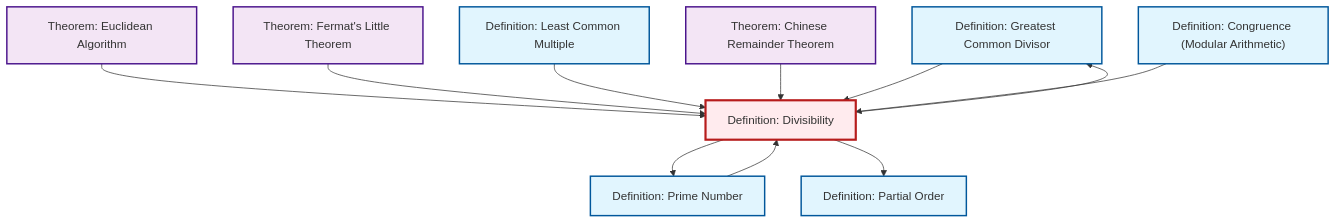
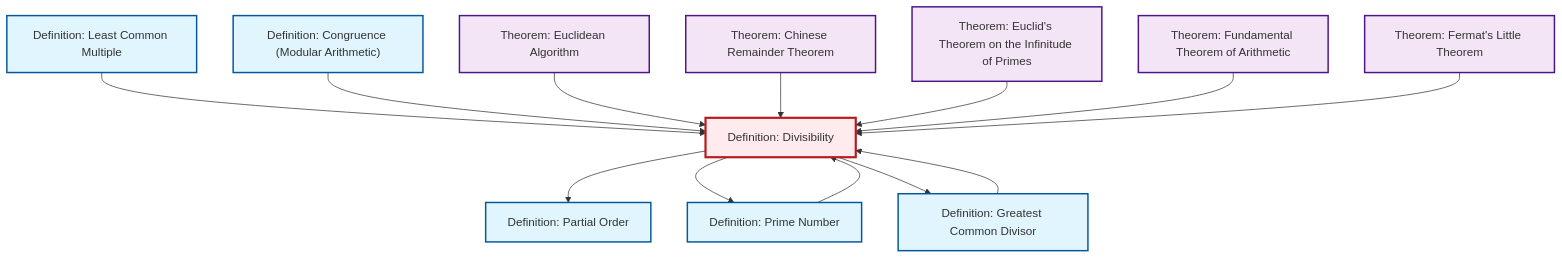
Before and after one commit to RK0429/ModernMath: the diagram in content/en/number-theory/def-divisibility.qmd, drawn with Mermaid. The commit also changed 654 other files, not shown here.

````diff
--- a/content/en/number-theory/def-divisibility.qmd
+++ b/content/en/number-theory/def-divisibility.qmd
@@ -88,37 +88,43 @@
 ```{mermaid}
 %%| fig-cap: "Local dependency graph"
 graph TD
     classDef definition fill:#e1f5fe,stroke:#01579b,stroke-width:2px
     classDef theorem fill:#f3e5f5,stroke:#4a148c,stroke-width:2px
     classDef axiom fill:#fff3e0,stroke:#e65100,stroke-width:2px
     classDef example fill:#e8f5e9,stroke:#1b5e20,stroke-width:2px
     classDef current fill:#ffebee,stroke:#b71c1c,stroke-width:3px
+    thm-chinese-remainder["Theorem: Chinese Remainder Theorem"]:::theorem
+    thm-fermat-little["Theorem: Fermat's Little Theorem"]:::theorem
+    thm-euclidean-algorithm["Theorem: Euclidean Algorithm"]:::theorem
     def-gcd["Definition: Greatest Common Divisor"]:::definition
-    thm-fermat-little["Theorem: Fermat's Little Theorem"]:::theorem
+    def-divisibility["Definition: Divisibility"]:::definition
+    thm-fundamental-arithmetic["Theorem: Fundamental Theorem of Arithmetic"]:::theorem
+    thm-euclid-infinitude-primes["Theorem: Euclid's Theorem on the Infinitude of Primes"]:::theorem
     def-lcm["Definition: Least Common Multiple"]:::definition
     def-partial-order["Definition: Partial Order"]:::definition
+    def-prime["Definition: Prime Number"]:::definition
     def-congruence["Definition: Congruence (Modular Arithmetic)"]:::definition
-    def-divisibility["Definition: Divisibility"]:::definition
-    thm-chinese-remainder["Theorem: Chinese Remainder Theorem"]:::theorem
-    def-prime["Definition: Prime Number"]:::definition
-    thm-euclidean-algorithm["Theorem: Euclidean Algorithm"]:::theorem
+    def-gcd --> def-divisibility
+    def-divisibility --> def-partial-order
+    def-lcm --> def-divisibility
+    def-congruence --> def-divisibility
+    thm-euclidean-algorithm --> def-divisibility
+    def-prime --> def-divisibility
     def-divisibility --> def-prime
-    thm-euclidean-algorithm --> def-divisibility
+    thm-chinese-remainder --> def-divisibility
+    thm-euclid-infinitude-primes --> def-divisibility
+    thm-fundamental-arithmetic --> def-divisibility
     thm-fermat-little --> def-divisibility
     def-divisibility --> def-gcd
-    def-lcm --> def-divisibility
-    thm-chinese-remainder --> def-divisibility
-    def-gcd --> def-divisibility
-    def-divisibility --> def-partial-order
-    def-prime --> def-divisibility
-    def-congruence --> def-divisibility
     class def-divisibility current
+    click thm-chinese-remainder "thm-chinese-remainder.html" "Go to Chinese Remainder Theorem theorem"
+    click thm-fermat-little "thm-fermat-little.html" "Go to Fermat's Little Theorem theorem"
+    click thm-euclidean-algorithm "thm-euclidean-algorithm.html" "Go to Euclidean Algorithm theorem"
     click def-gcd "def-gcd.html" "Go to Greatest Common Divisor definition"
-    click thm-fermat-little "thm-fermat-little.html" "Go to Fermat's Little Theorem theorem"
+    click thm-fundamental-arithmetic "thm-fundamental-arithmetic.html" "Go to Fundamental Theorem of Arithmetic theorem"
+    click thm-euclid-infinitude-primes "thm-euclid-infinitude-primes.html" "Go to Euclid's Theorem on the Infinitude of Primes theorem"
     click def-lcm "def-lcm.html" "Go to Least Common Multiple definition"
     click def-partial-order "def-partial-order.html" "Go to Partial Order definition"
+    click def-prime "def-prime.html" "Go to Prime Number definition"
     click def-congruence "def-congruence.html" "Go to Congruence (Modular Arithmetic) definition"
-    click thm-chinese-remainder "thm-chinese-remainder.html" "Go to Chinese Remainder Theorem theorem"
-    click def-prime "def-prime.html" "Go to Prime Number definition"
-    click thm-euclidean-algorithm "thm-euclidean-algorithm.html" "Go to Euclidean Algorithm theorem"
 ```
````
